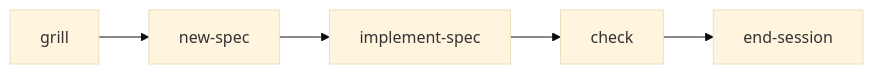
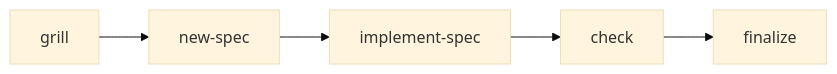
The second of 2 diagrams in docs/spec.md (renatoxm/leanagentkit), drawn with Mermaid (base theme) before and after one commit. The commit also changed other lines of this file and 134 other files, not shown here.

````diff
--- a/docs/spec.md
+++ b/docs/spec.md
@@ -66,7 +66,7 @@
 ```mermaid
 flowchart LR
   grill[grill] --> newSpec[new-spec]
   newSpec --> impl[implement-spec]
   impl --> check[check]
-  check --> endSession[end-session]
+  check --> finalize[finalize]
 ```
````
